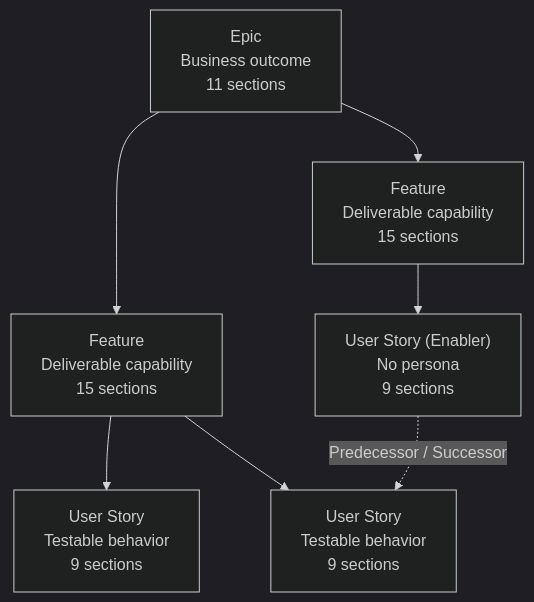
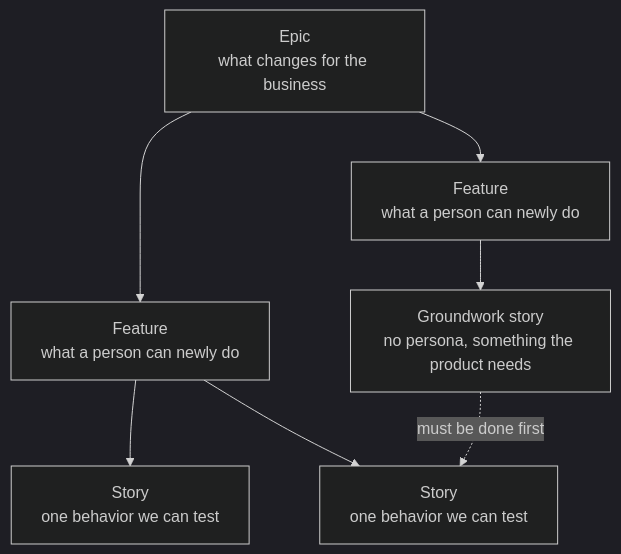
One commit to Benyoumen/backlog-writing-system changed the first of 3 diagrams in docs/hierarchy.md. Above: the diagram before and after it, drawn with Mermaid (dark theme). The commit also changed other lines of this file and 32 other files, not shown here.

First line of the commit message:
Prioritization: Now / Next / Later, ROI impact and the enabling chain; capacity simulation; spec preview; plain-word diagrams

````diff
--- a/docs/hierarchy.md
+++ b/docs/hierarchy.md
@@ -5,17 +5,15 @@
 ```mermaid
 flowchart TD
-    E["Epic<br/>Business outcome<br/>11 sections"]
-    F1["Feature<br/>Deliverable capability<br/>15 sections"]
-    F2["Feature<br/>Deliverable capability<br/>15 sections"]
-    S1["User Story<br/>Testable behavior<br/>9 sections"]
-    S2["User Story<br/>Testable behavior<br/>9 sections"]
-    S3["User Story (Enabler)<br/>No persona<br/>9 sections"]
-
+    E["Epic<br/>what changes for the business"]
+    F1["Feature<br/>what a person can newly do"]
+    F2["Feature<br/>what a person can newly do"]
+    S1["Story<br/>one behavior we can test"]
+    S2["Story<br/>one behavior we can test"]
+    S3["Groundwork story<br/>no persona, something the product needs"]
     E --> F1
     E --> F2
     F1 --> S1
     F1 --> S2
     F2 --> S3
-
-    S3 -. "Predecessor / Successor" .-> S2
+    S3 -. "must be done first" .-> S2
 ```
````
